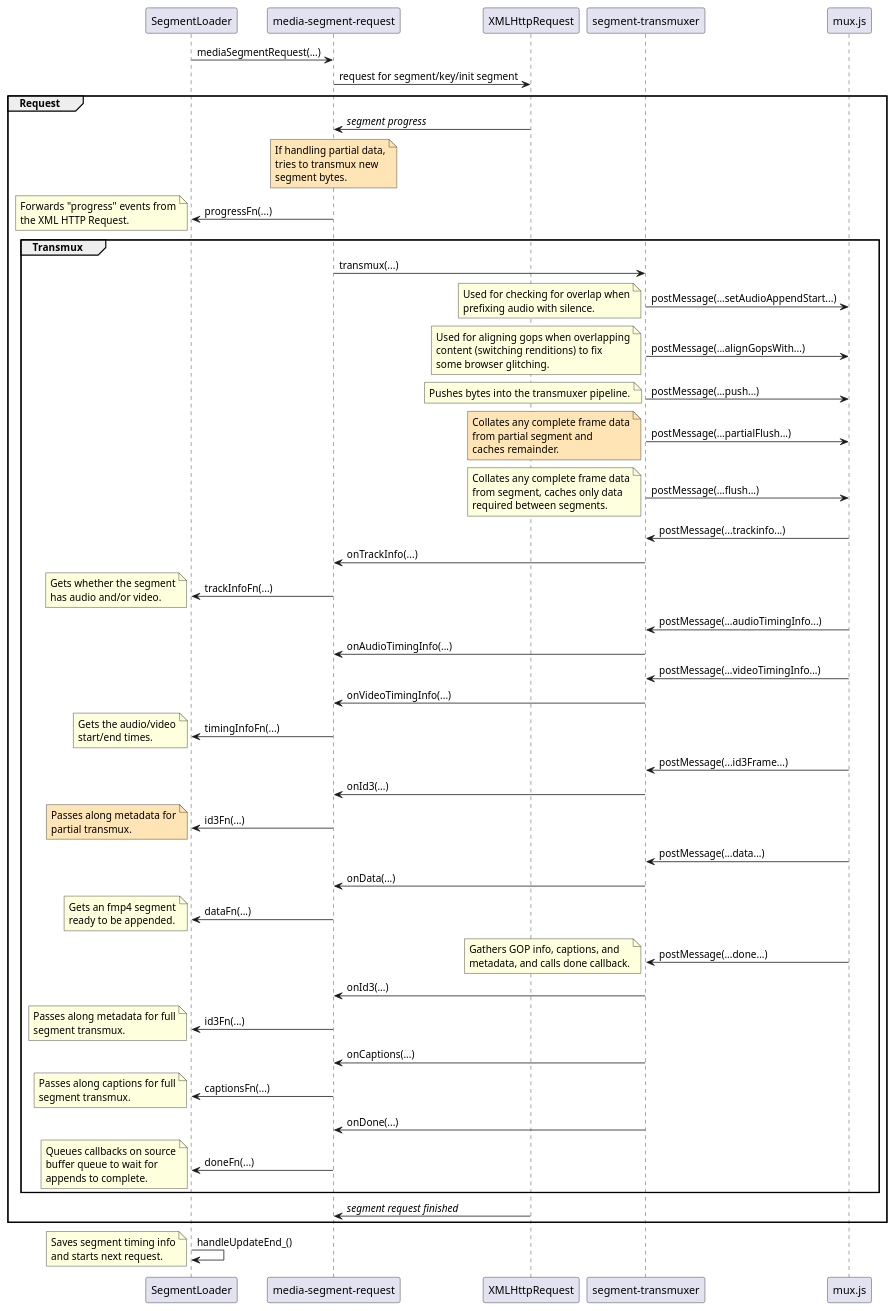
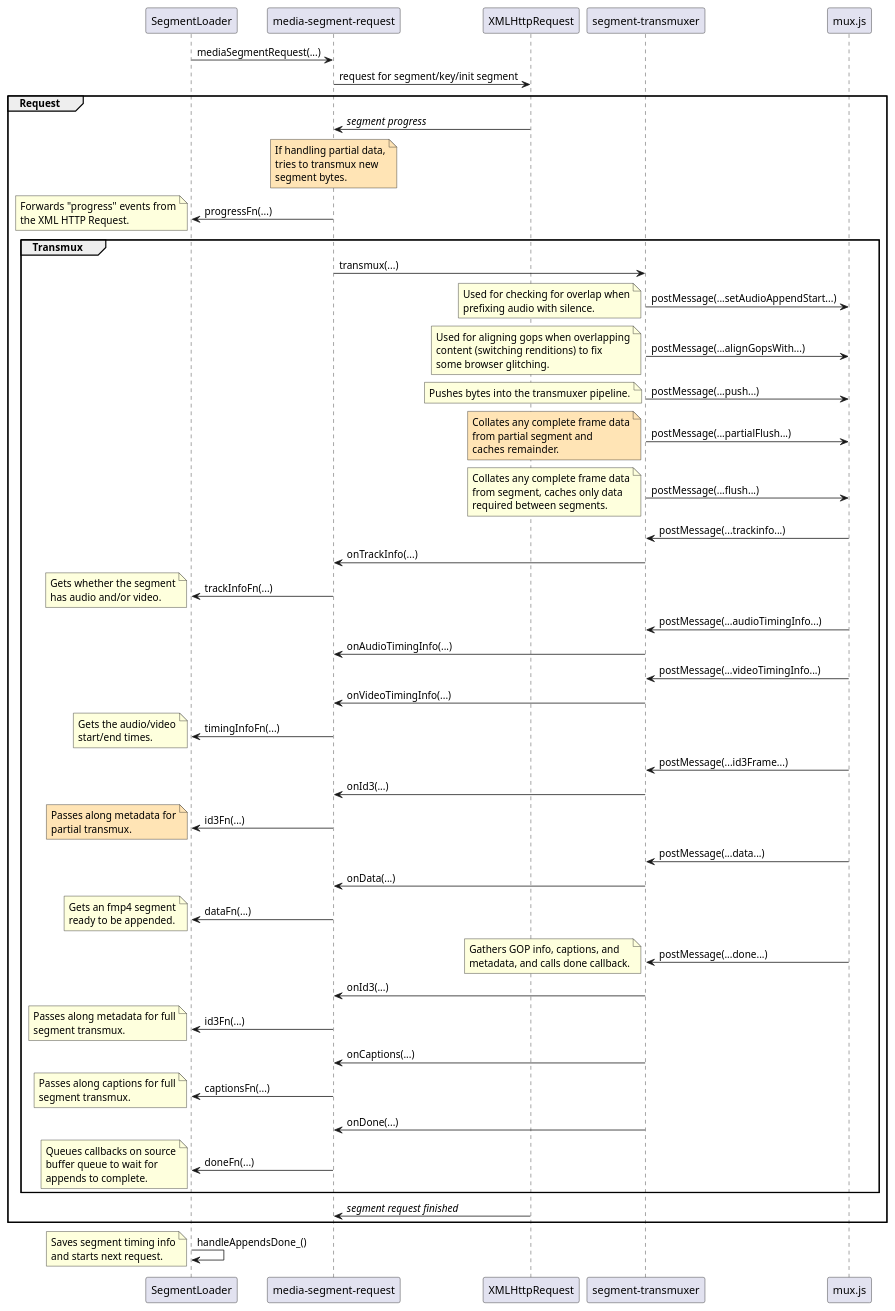
Before and after one commit to videojs/http-streaming: the diagram in docs/lhls/new-segment-loader-sequence.plantuml, drawn with PlantUML. The commit also changed 7 other files, not shown here.

Commit message:
Rename segment-loader's handleUpdateEnd_ to handleAppendsDone_

```diff
--- a/docs/lhls/new-segment-loader-sequence.plantuml
+++ b/docs/lhls/new-segment-loader-sequence.plantuml
@@ -1,124 +1,124 @@
 @startuml
 
 participant SegmentLoader order 1
 participant "media-segment-request" order 2
 participant XMLHttpRequest order 3
 participant "segment-transmuxer" order 4
 participant mux.js order 5
 
 SegmentLoader -> "media-segment-request" : mediaSegmentRequest(...)
 "media-segment-request" -> XMLHttpRequest : request for segment/key/init segment
 
 group Request
   XMLHttpRequest -> "media-segment-request" : //segment progress//
   note over "media-segment-request" #moccasin
    If handling partial data,
    tries to transmux new
    segment bytes.
   end note
   "media-segment-request" -> SegmentLoader : progressFn(...)
   note left
     Forwards "progress" events from
     the XML HTTP Request.
   end note
   group Transmux
     "media-segment-request" -> "segment-transmuxer" : transmux(...)
 
     "segment-transmuxer" -> mux.js : postMessage(...setAudioAppendStart...)
     note left
       Used for checking for overlap when
       prefixing audio with silence.
     end note
     "segment-transmuxer" -> mux.js : postMessage(...alignGopsWith...)
     note left
       Used for aligning gops when overlapping
       content (switching renditions) to fix
       some browser glitching.
     end note
 
     "segment-transmuxer" -> mux.js : postMessage(...push...)
     note left
       Pushes bytes into the transmuxer pipeline.
     end note
 
     "segment-transmuxer" -> mux.js : postMessage(...partialFlush...)
     note left #moccasin
       Collates any complete frame data
       from partial segment and
       caches remainder.
     end note
     "segment-transmuxer" -> mux.js : postMessage(...flush...)
     note left
       Collates any complete frame data
       from segment, caches only data
       required between segments.
     end note
 
     "mux.js" -> "segment-transmuxer" : postMessage(...trackinfo...)
     "segment-transmuxer" -> "media-segment-request" : onTrackInfo(...)
     "media-segment-request" -> SegmentLoader : trackInfoFn(...)
     note left
       Gets whether the segment
       has audio and/or video.
     end note
     "mux.js" -> "segment-transmuxer" : postMessage(...audioTimingInfo...)
     "segment-transmuxer" -> "media-segment-request" : onAudioTimingInfo(...)
     "mux.js" -> "segment-transmuxer" : postMessage(...videoTimingInfo...)
     "segment-transmuxer" -> "media-segment-request" : onVideoTimingInfo(...)
     "media-segment-request" -> SegmentLoader : timingInfoFn(...)
     note left
       Gets the audio/video
       start/end times.
     end note
 
     "mux.js" -> "segment-transmuxer" : postMessage(...id3Frame...)
     "segment-transmuxer" -> "media-segment-request" : onId3(...)
     "media-segment-request" -> SegmentLoader : id3Fn(...)
     note left #moccasin
       Passes along metadata for
       partial transmux.
     end note
 
     "mux.js" -> "segment-transmuxer" : postMessage(...data...)
     "segment-transmuxer" -> "media-segment-request" : onData(...)
     "media-segment-request" -> SegmentLoader : dataFn(...)
     note left
       Gets an fmp4 segment
       ready to be appended.
     end note
 
     "mux.js" -> "segment-transmuxer" : postMessage(...done...)
     note left
       Gathers GOP info, captions, and
       metadata, and calls done callback.
     end note
     "segment-transmuxer" -> "media-segment-request" : onId3(...)
     "media-segment-request" -> SegmentLoader : id3Fn(...)
     note left
       Passes along metadata for full
       segment transmux.
     end note
     "segment-transmuxer" -> "media-segment-request" : onCaptions(...)
     "media-segment-request" -> SegmentLoader : captionsFn(...)
     note left
       Passes along captions for full
       segment transmux.
     end note
     "segment-transmuxer" -> "media-segment-request" : onDone(...)
     "media-segment-request" -> SegmentLoader : doneFn(...)
     note left
       Queues callbacks on source
       buffer queue to wait for
       appends to complete.
     end note
   end
   XMLHttpRequest -> "media-segment-request" : //segment request finished//
 end
 
-SegmentLoader -> SegmentLoader : handleUpdateEnd_()
+SegmentLoader -> SegmentLoader : handleAppendsDone_()
 note left
   Saves segment timing info
   and starts next request.
 end note
 
 @enduml
```
